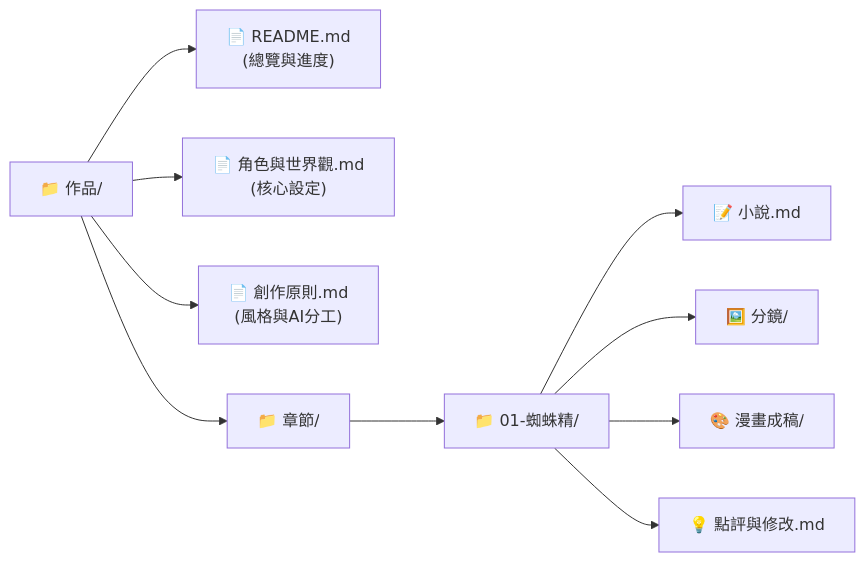
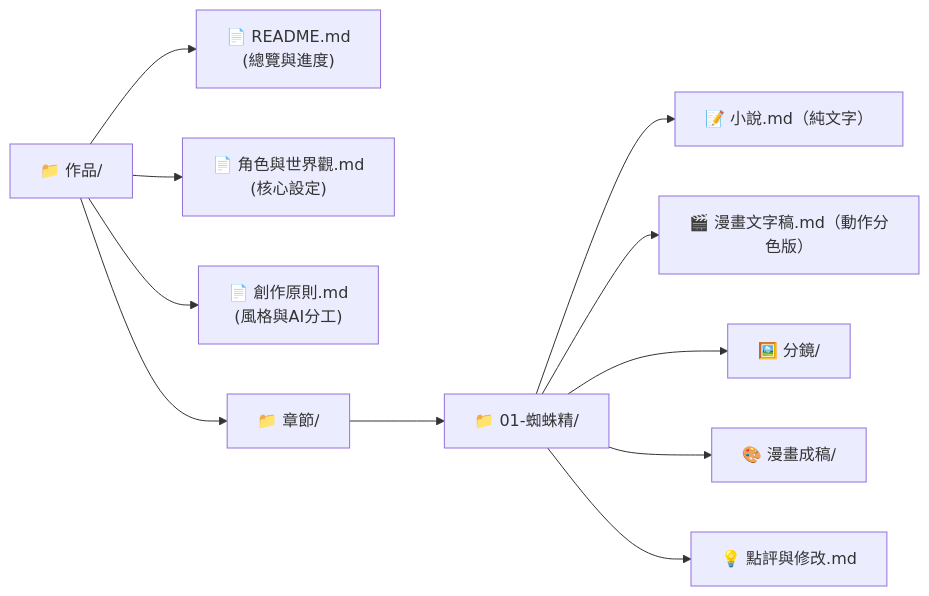
One commit to wuharry/urban-exorcist-chronicles changed the diagram in README.md. Above: the diagram before and after it, drawn with Mermaid. The commit also changed 65 other files, not shown here.

````diff
--- a/README.md
+++ b/README.md
@@ -9,12 +9,13 @@
 ```mermaid
 flowchart LR
     Root["📁 作品/"] --> R["📄 README.md<br/>(總覽與進度)"]
     Root --> W["📄 角色與世界觀.md<br/>(核心設定)"]
     Root --> P["📄 創作原則.md<br/>(風格與AI分工)"]
     Root --> C["📁 章節/"]
     C --> C01["📁 01-蜘蛛精/"]
-    C01 --> N["📝 小說.md"]
+    C01 --> N["📝 小說.md（純文字）"]
+    C01 --> A["🎬 漫畫文字稿.md（動作分色版）"]
     C01 --> S["🖼️ 分鏡/"]
     C01 --> M["🎨 漫畫成稿/"]
     C01 --> FB["💡 點評與修改.md"]
 ```
````
